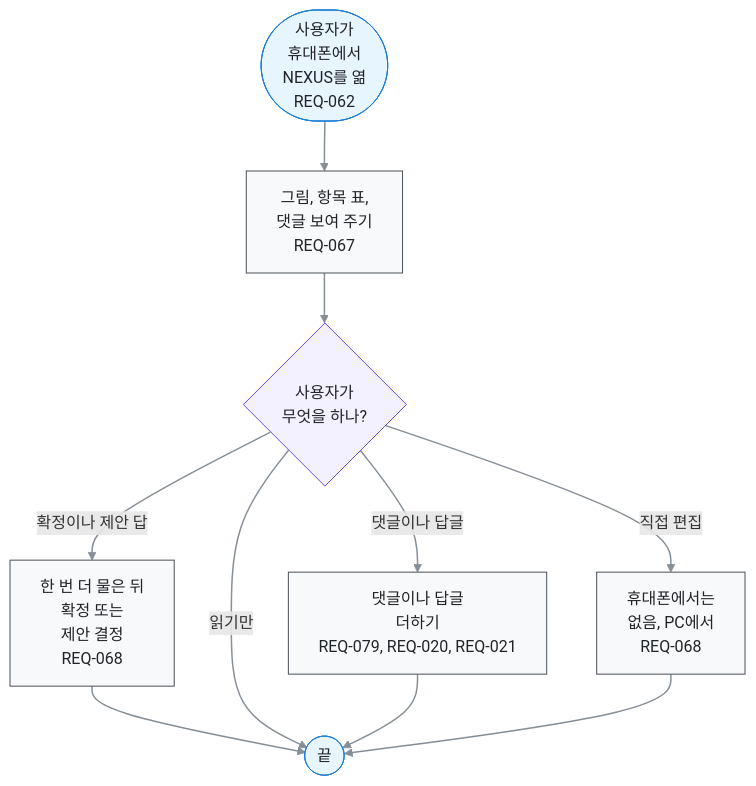
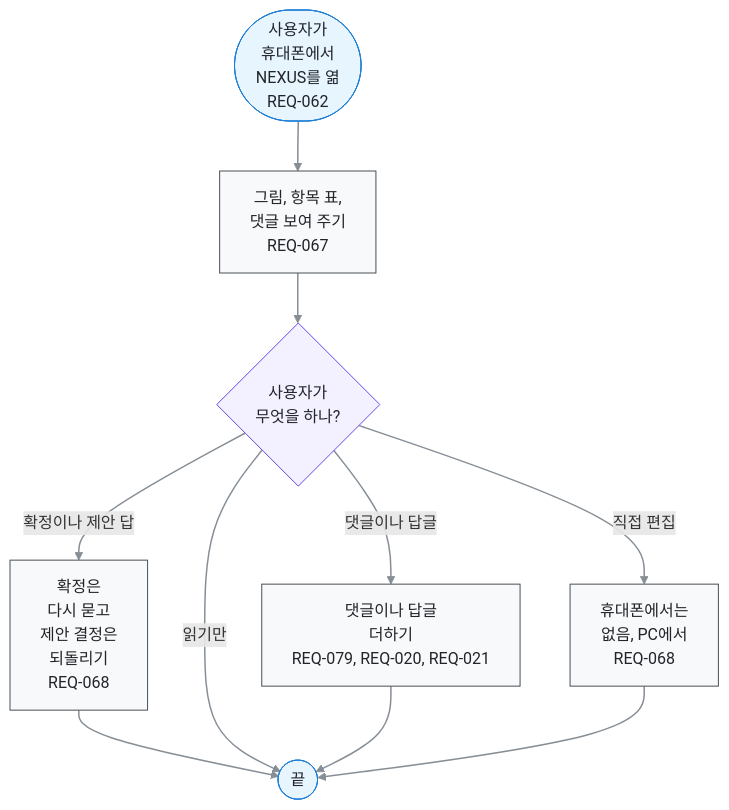
Before and after one commit to kodonghui/corthex-nexus: the diagram in docs/03-user-flow/FL-008-read-and-comment-on-a-phone.ko.md, drawn with Mermaid. The commit also changed other lines of this file and 63 other files, not shown here.

````diff
--- a/docs/03-user-flow/FL-008-read-and-comment-on-a-phone.ko.md
+++ b/docs/03-user-flow/FL-008-read-and-comment-on-a-phone.ko.md
@@ -11,29 +11,29 @@
 ```mermaid
 flowchart TD
   A(["사용자가<br/>휴대폰에서<br/>NEXUS를 엶<br/>REQ-062"])
   B["그림, 항목 표,<br/>댓글 보여 주기<br/>REQ-067"]
   C{"사용자가<br/>무엇을 하나?"}
   D["댓글이나 답글<br/>더하기<br/>REQ-079, REQ-020, REQ-021"]
-  P["한 번 더 물은 뒤<br/>확정 또는<br/>제안 결정<br/>REQ-068"]
+  P["확정은<br/>다시 묻고<br/>제안 결정은<br/>되돌리기<br/>REQ-068"]
   R1["휴대폰에서는<br/>없음, PC에서<br/>REQ-068"]
   Z(["끝"])
   A e1@--> B
   B e2@--> C
   C e3@-->|댓글이나 답글| D
   C e4@-->|직접 편집| R1
   C e8@-->|확정이나 제안 답| P
   P e9@--> Z
   C e5@-->|읽기만| Z
   D e6@--> Z
   R1 e7@--> Z
   %% legend: below
   classDef term fill:#e7f5ff,stroke:#1c7ed6,color:#212529
   classDef proc fill:#f8f9fa,stroke:#495057,color:#212529
   classDef decide fill:#f3f0ff,stroke:#7048e8,color:#212529
   classDef gap fill:#f1f3f5,stroke:#adb5bd,stroke-dasharray:2 3,color:#495057
   classDef pass stroke:#868e96,stroke-width:1.5px
   class A,Z term
   class B,D,P,R1 proc
   class C decide
   class e1,e2,e3,e4,e5,e6,e7,e8,e9 pass
 ```
````
